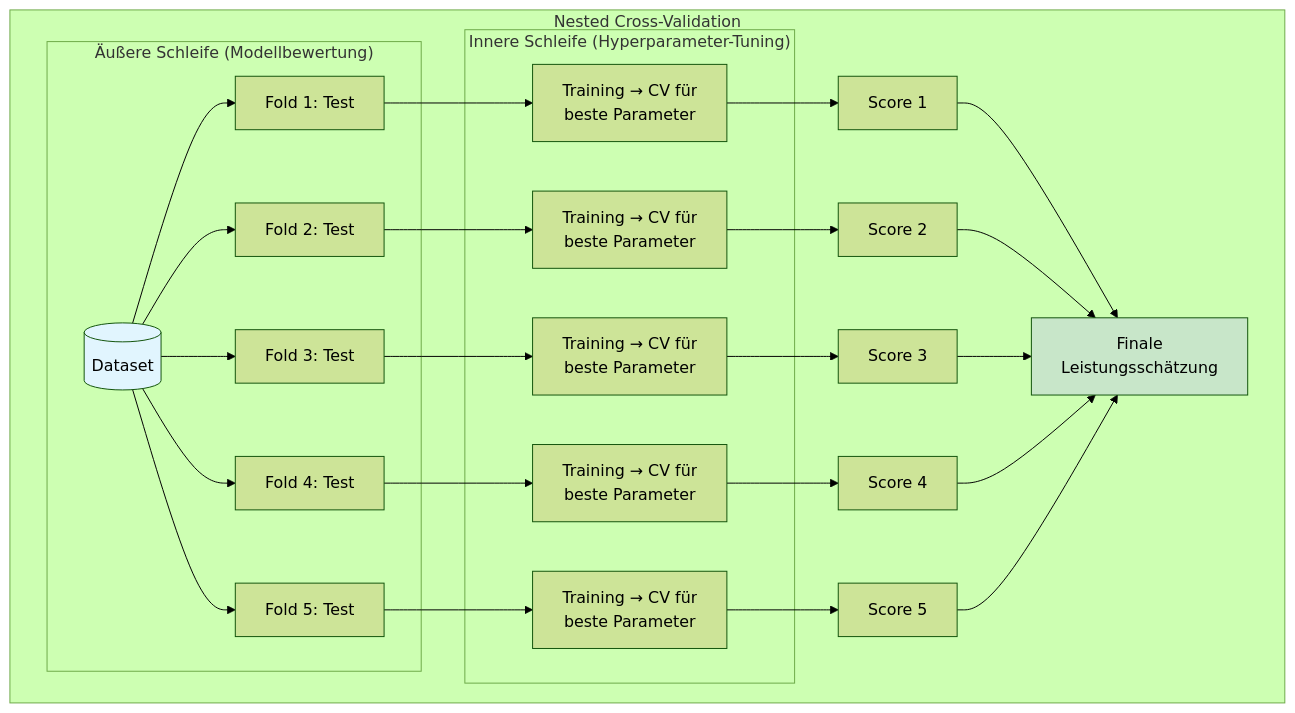
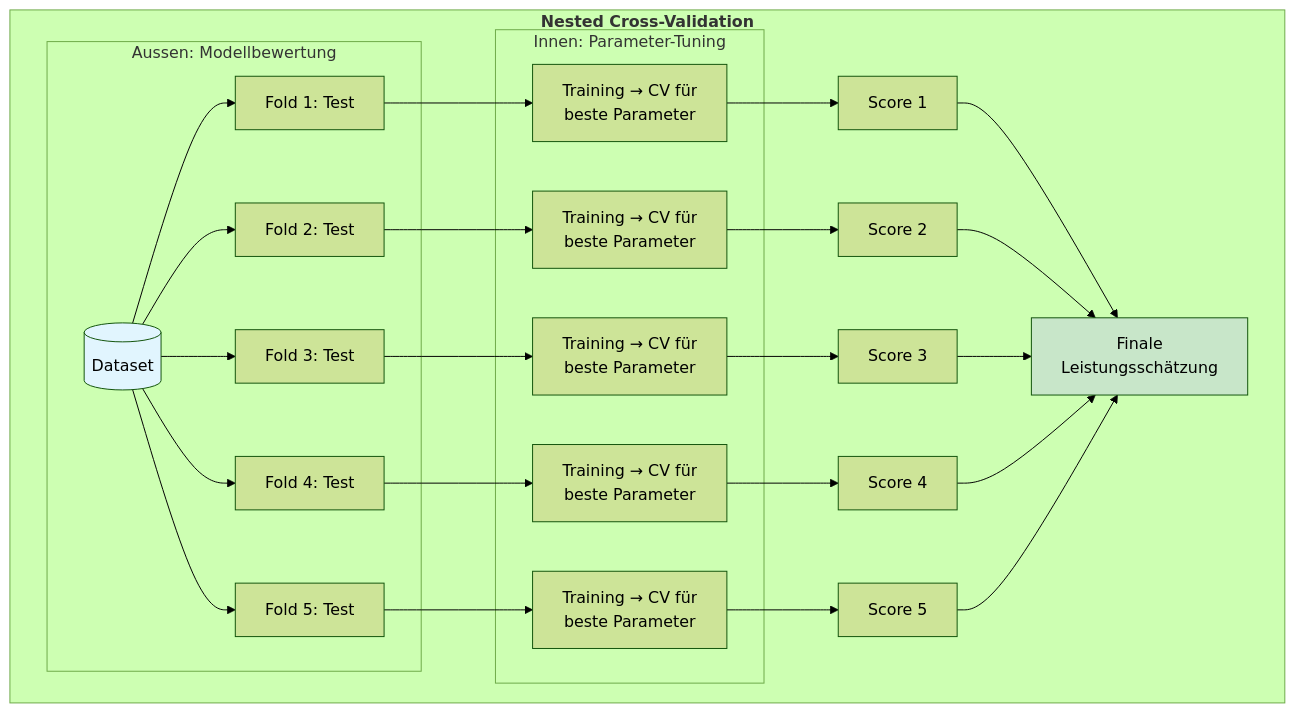
One commit to ralf-42/ML_Intro changed the sixth of 9 diagrams in docs/concepts/evaluate/cross_validation.md. Above: the diagram before and after it, drawn with Mermaid (forest theme). The commit also changed other lines of this file and 24 other files, not shown here.

````diff
--- a/docs/concepts/evaluate/cross_validation.md
+++ b/docs/concepts/evaluate/cross_validation.md
@@ -408,35 +430,35 @@
 ```mermaid
 flowchart TB
-    subgraph nested["Nested Cross-Validation"]
-        subgraph outer["Äußere Schleife (Modellbewertung)"]
+    subgraph nested["<b>Nested Cross-Validation</b>"]
+        subgraph outer["Aussen: Modellbewertung"]
             D[("Dataset")] --> O1["Fold 1: Test"]
             D --> O2["Fold 2: Test"]
             D --> O3["Fold 3: Test"]
             D --> O4["Fold 4: Test"]
             D --> O5["Fold 5: Test"]
         end
         
-        subgraph inner["Innere Schleife (Hyperparameter-Tuning)"]
+        subgraph inner["Innen: Parameter-Tuning"]
             O1 --> I1["Training → CV für<br/>beste Parameter"]
             O2 --> I2["Training → CV für<br/>beste Parameter"]
             O3 --> I3["Training → CV für<br/>beste Parameter"]
             O4 --> I4["Training → CV für<br/>beste Parameter"]
             O5 --> I5["Training → CV für<br/>beste Parameter"]
         end
         
         I1 --> S1["Score 1"]
         I2 --> S2["Score 2"]
         I3 --> S3["Score 3"]
         I4 --> S4["Score 4"]
         I5 --> S5["Score 5"]
         
         S1 --> R["Finale<br/>Leistungsschätzung"]
         S2 --> R
         S3 --> R
         S4 --> R
         S5 --> R
     end
     
     style D fill:#e1f5fe
     style R fill:#c8e6c9
 ```
````
